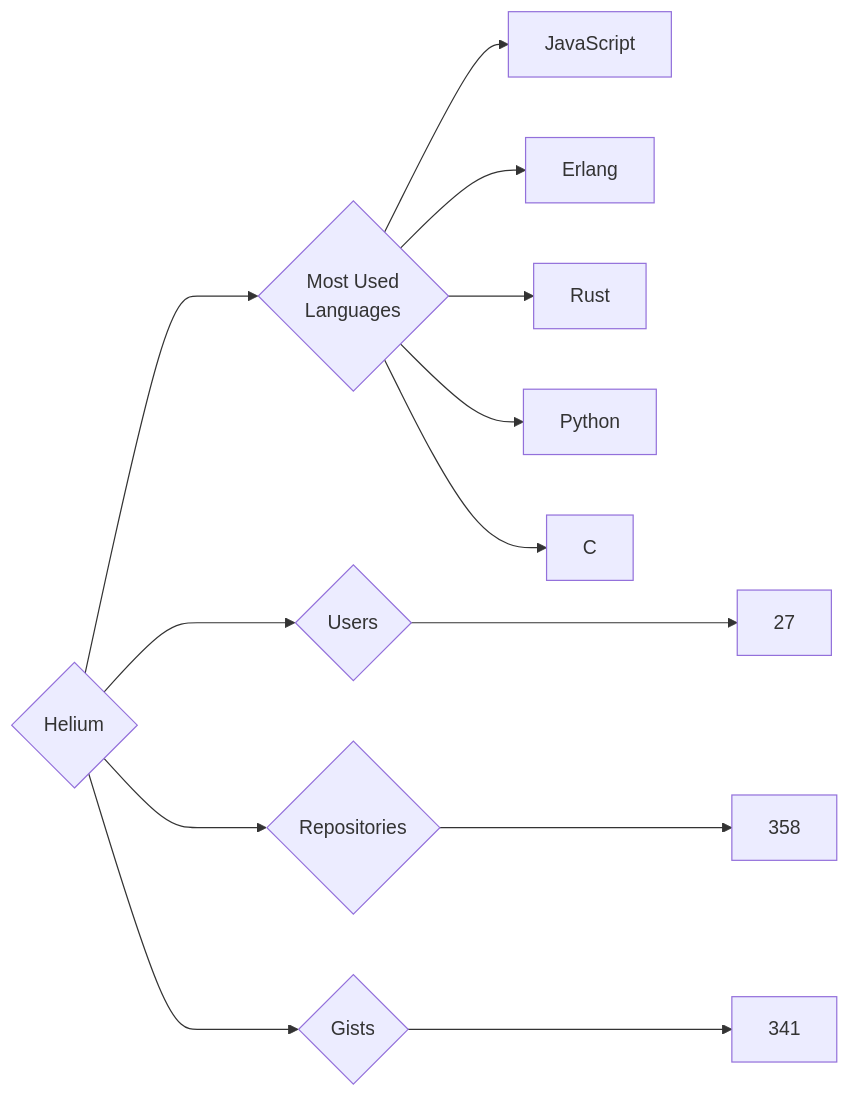
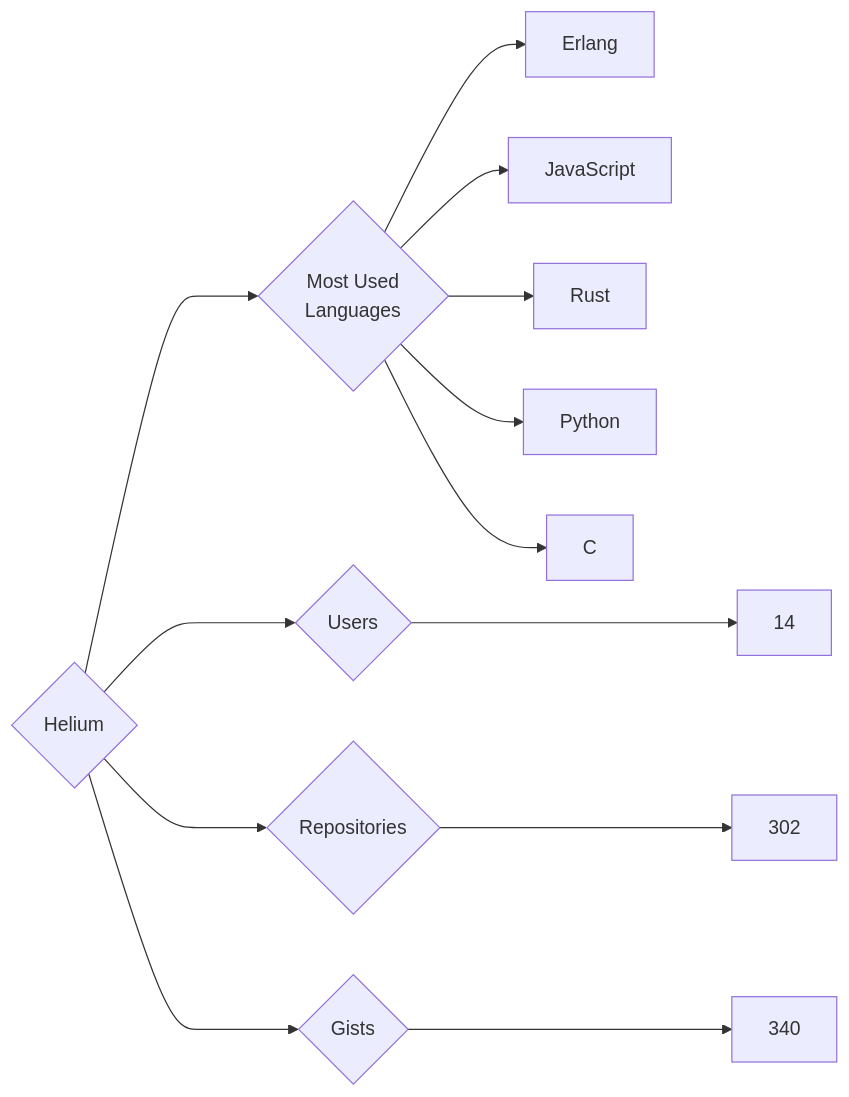
The diagram in targets/Helium/README.md (trickest/insiders), drawn with Mermaid before and after one commit. The commit also changed 894 other files, not shown here.

````diff
--- a/targets/Helium/README.md
+++ b/targets/Helium/README.md
@@ -3,13 +3,13 @@
 ```mermaid
 graph LR
 COMPANY_NAME{Helium}
-COMPANY_NAME ---> U{Users} ---> UN[27]
-COMPANY_NAME ---> R{Repositories} ---> RN[358]
-COMPANY_NAME ---> G{Gists} ---> GN[341]
+COMPANY_NAME ---> U{Users} ---> UN[14]
+COMPANY_NAME ---> R{Repositories} ---> RN[302]
+COMPANY_NAME ---> G{Gists} ---> GN[340]
 COMPANY_NAME ---> ML{Most Used<br>Languages}
+ML --> Erlang[Erlang]
 ML --> JavaScript[JavaScript]
-ML --> Erlang[Erlang]
 ML --> Rust[Rust]
 ML --> Python[Python]
 ML --> C[C]
 ```
````
